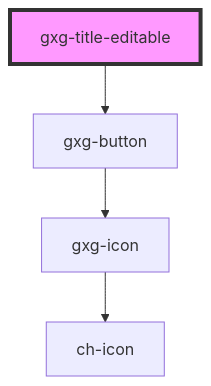
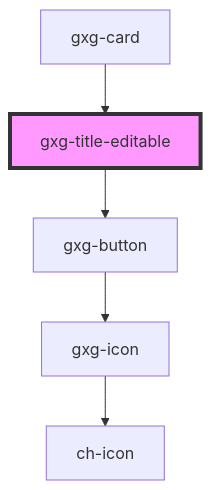
One commit to genexuslabs/gemini changed the diagram in src/components/title-editable/readme.md. Above: the diagram before and after it, drawn with Mermaid. The commit also changed other lines of this file and 11 other files, not shown here.

````diff
--- a/src/components/title-editable/readme.md
+++ b/src/components/title-editable/readme.md
@@ -24,7 +28,8 @@
 ```mermaid
 graph TD;
   gxg-title-editable --> gxg-button
   gxg-button --> gxg-icon
   gxg-icon --> ch-icon
+  gxg-card --> gxg-title-editable
   style gxg-title-editable fill:#f9f,stroke:#333,stroke-width:4px
 ```
````
